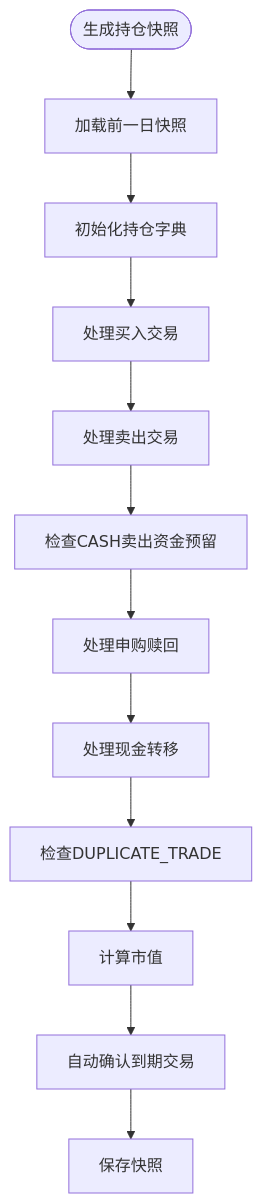
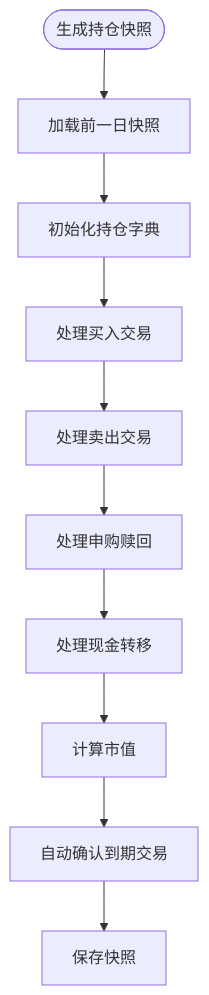
One commit to gujialind/InvestRing changed diagram 14 of 15 in .qoder/repowiki/zh/content/核心业务功能/交易处理.md. Above: the diagram before and after it, drawn with Mermaid. The commit also changed other lines of this file and 65 other files, not shown here.

````diff
--- a/.qoder/repowiki/zh/content/核心业务功能/交易处理.md
+++ b/.qoder/repowiki/zh/content/核心业务功能/交易处理.md
@@ -666,14 +630,12 @@
 ```mermaid
 flowchart TD
 Start(["生成持仓快照"]) --> LoadPrev["加载前一日快照"]
 LoadPrev --> InitPositions["初始化持仓字典"]
 InitPositions --> ProcessBuys["处理买入交易"]
 ProcessBuys --> ProcessSells["处理卖出交易"]
-ProcessSells --> CheckReserve["检查CASH卖出资金预留"]
-CheckReserve --> ProcessSubs["处理申购赎回"]
+ProcessSells --> ProcessSubs["处理申购赎回"]
 ProcessSubs --> ProcessTransfers["处理现金转移"]
-ProcessTransfers --> CheckDuplicate["检查DUPLICATE_TRADE"]
-CheckDuplicate --> CalculateValue["计算市值"]
+ProcessTransfers --> CalculateValue["计算市值"]
 CalculateValue --> AutoConfirm["自动确认到期交易"]
 AutoConfirm --> SaveSnapshot["保存快照"]
 ```
````
